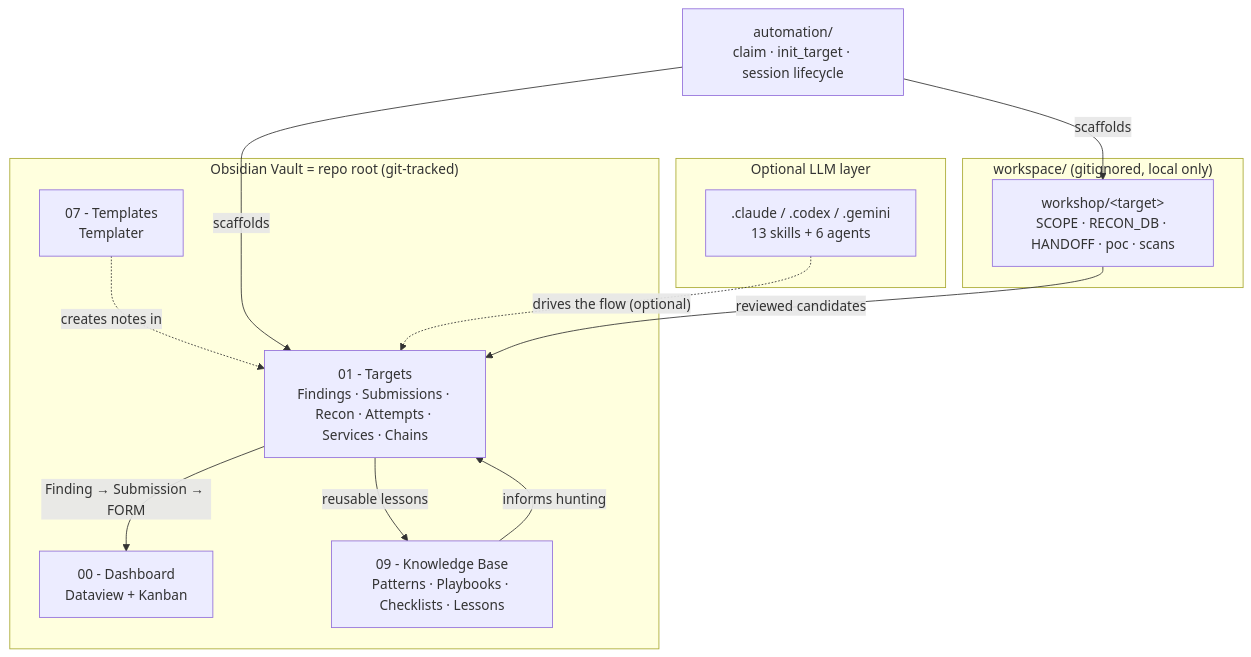
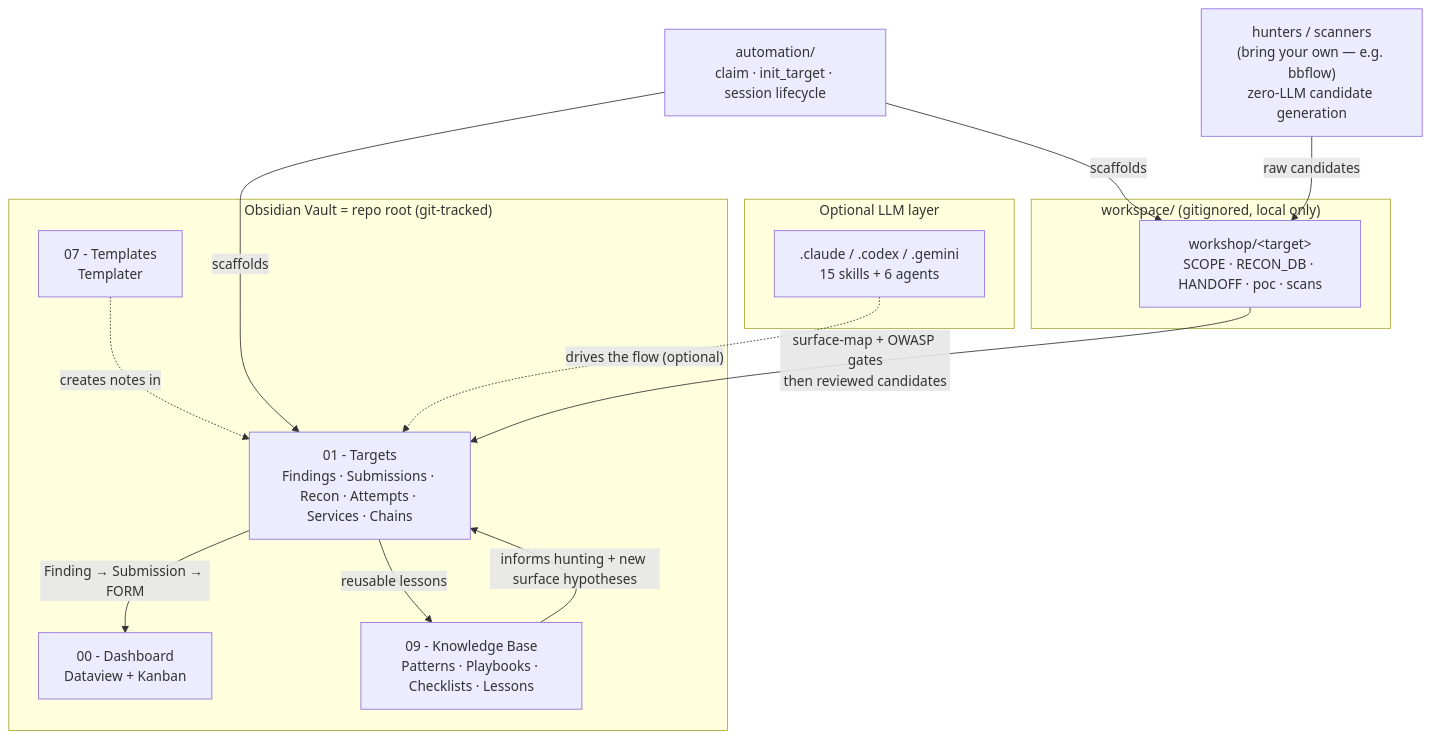
One commit to guan4tou2/bug-bounty-vault-framework changed the diagram in README.md. Above: the diagram before and after it, drawn with Mermaid. The commit also changed other lines of this file and 15 other files, not shown here.

First line of the commit message:
feat: explore-first front gate + closed-loop architecture doc (v0.1.3)

````diff
--- a/README.md
+++ b/README.md
@@ -11,25 +11,27 @@
 ```mermaid
 flowchart TB
   subgraph VAULT["Obsidian Vault = repo root (git-tracked)"]
     DASH["00 - Dashboard<br/>Dataview + Kanban"]
     TGT["01 - Targets<br/>Findings · Submissions · Recon · Attempts · Services · Chains"]
     TPL["07 - Templates<br/>Templater"]
     KB["09 - Knowledge Base<br/>Patterns · Playbooks · Checklists · Lessons"]
   end
   subgraph LLM["Optional LLM layer"]
-    SK[".claude / .codex / .gemini<br/>13 skills + 6 agents"]
+    SK[".claude / .codex / .gemini<br/>15 skills + 6 agents"]
   end
   subgraph LOCAL["workspace/ (gitignored, local only)"]
     WS["workshop/&lt;target&gt;<br/>SCOPE · RECON_DB · HANDOFF · poc · scans"]
   end
   AUTO["automation/<br/>claim · init_target · session lifecycle"]
+  HUNT["hunters / scanners<br/>(bring your own — e.g. bbflow)<br/>zero-LLM candidate generation"]
 
   AUTO -->|scaffolds| TGT
   AUTO -->|scaffolds| WS
-  WS -->|"reviewed candidates"| TGT
+  HUNT -->|"raw candidates"| WS
+  WS -->|"surface-map + OWASP gates<br/>then reviewed candidates"| TGT
   TGT -->|"Finding → Submission → FORM"| DASH
   TGT -->|"reusable lessons"| KB
-  KB -->|"informs hunting"| TGT
+  KB -->|"informs hunting + new surface hypotheses"| TGT
   TPL -.->|"creates notes in"| TGT
   SK -.->|"drives the flow (optional)"| TGT
 ```
````
